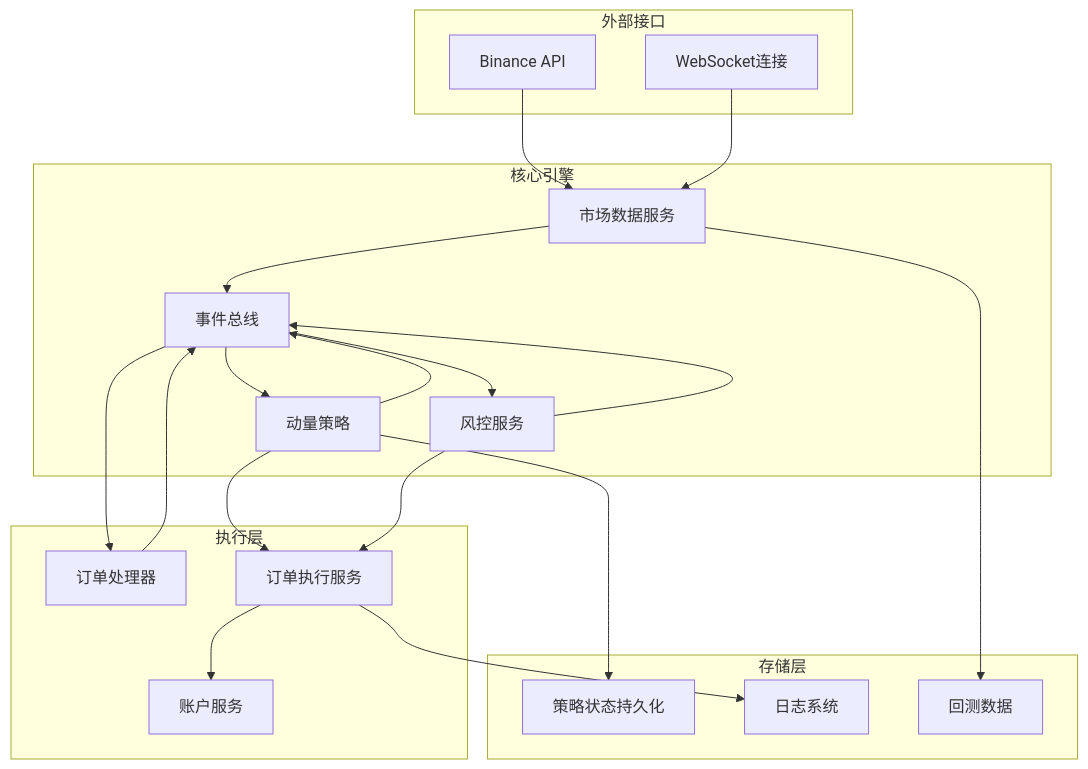
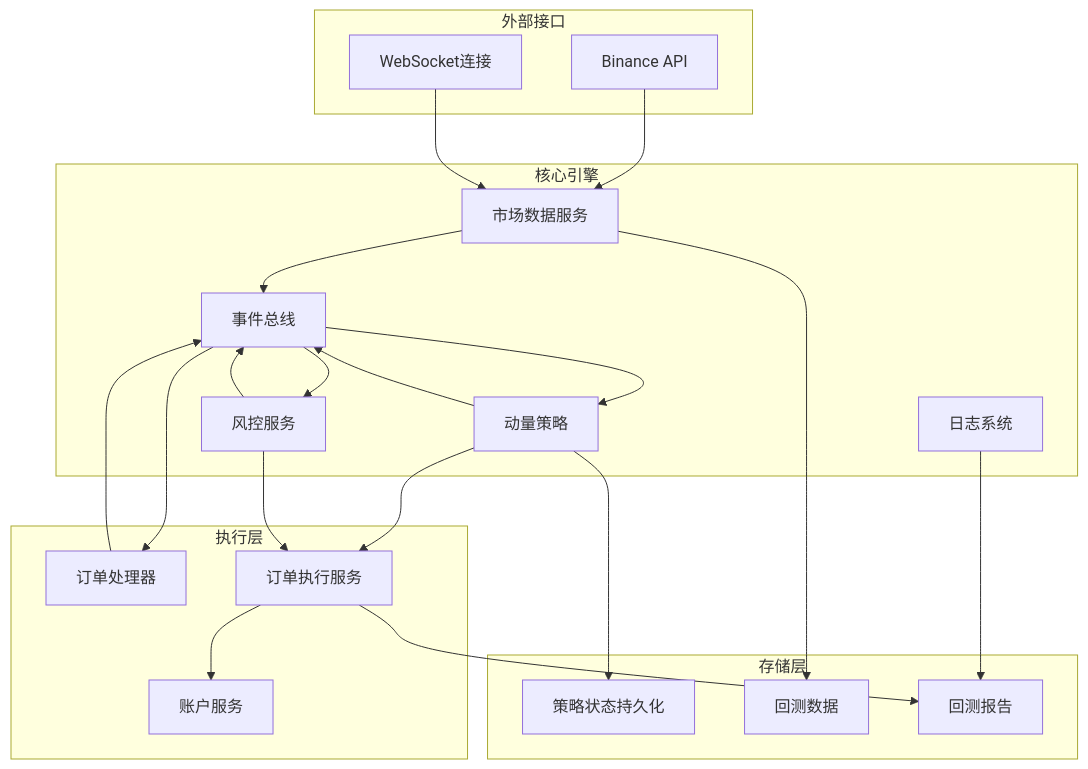
The fourth of 11 diagrams in .qoder/repowiki/zh/content/核心模块/动量策略引擎.md (Heres1/binanceWebsocket), drawn with Mermaid before and after one commit. The commit also changed other lines of this file and 7 other files, not shown here.

````diff
--- a/.qoder/repowiki/zh/content/核心模块/动量策略引擎.md
+++ b/.qoder/repowiki/zh/content/核心模块/动量策略引擎.md
@@ -193,38 +197,40 @@
 ```mermaid
 graph TB
 subgraph "外部接口"
 Binance[Binance API]
 WebSocket[WebSocket连接]
 end
 subgraph "核心引擎"
 EventBus[事件总线]
 Strategy[动量策略]
 Risk[风控服务]
 MarketData[市场数据服务]
+Logging[日志系统]
 end
 subgraph "执行层"
 OrderHandler[订单处理器]
 Execution[订单执行服务]
 Account[账户服务]
 end
 subgraph "存储层"
 State[策略状态持久化]
-Logs[日志系统]
 Backtest[回测数据]
+Reports[回测报告]
 end
 Binance --> MarketData
 WebSocket --> MarketData
 MarketData --> EventBus
 Strategy --> EventBus
 Risk --> EventBus
 OrderHandler --> EventBus
 EventBus --> Strategy
 EventBus --> Risk
 EventBus --> OrderHandler
 Strategy --> Execution
 Risk --> Execution
 Execution --> Account
 Strategy --> State
-Execution --> Logs
+Execution --> Reports
 MarketData --> Backtest
+Logging --> Reports
 ```
````
